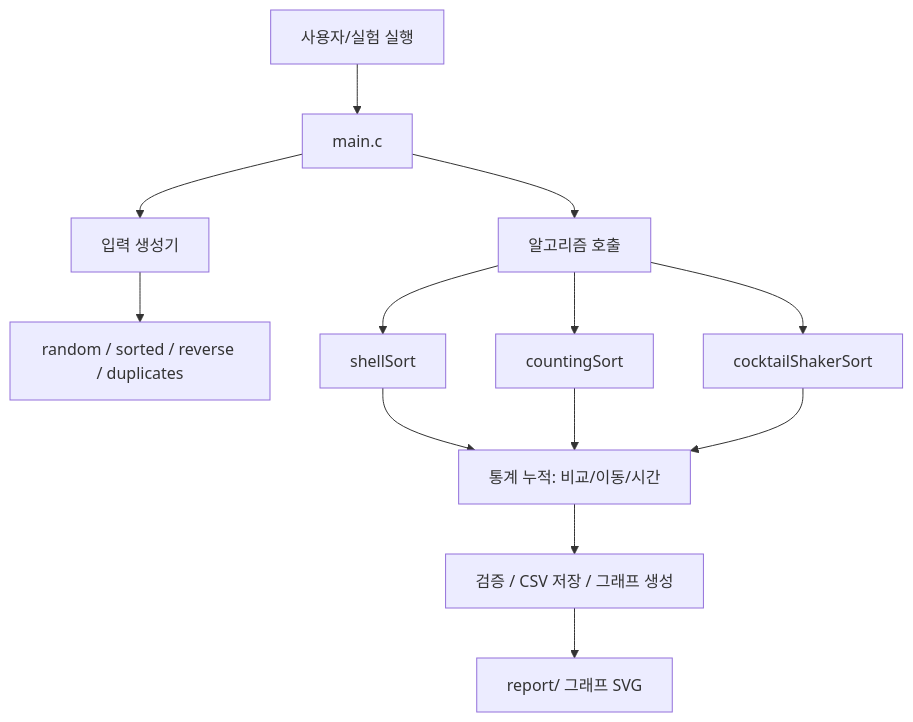
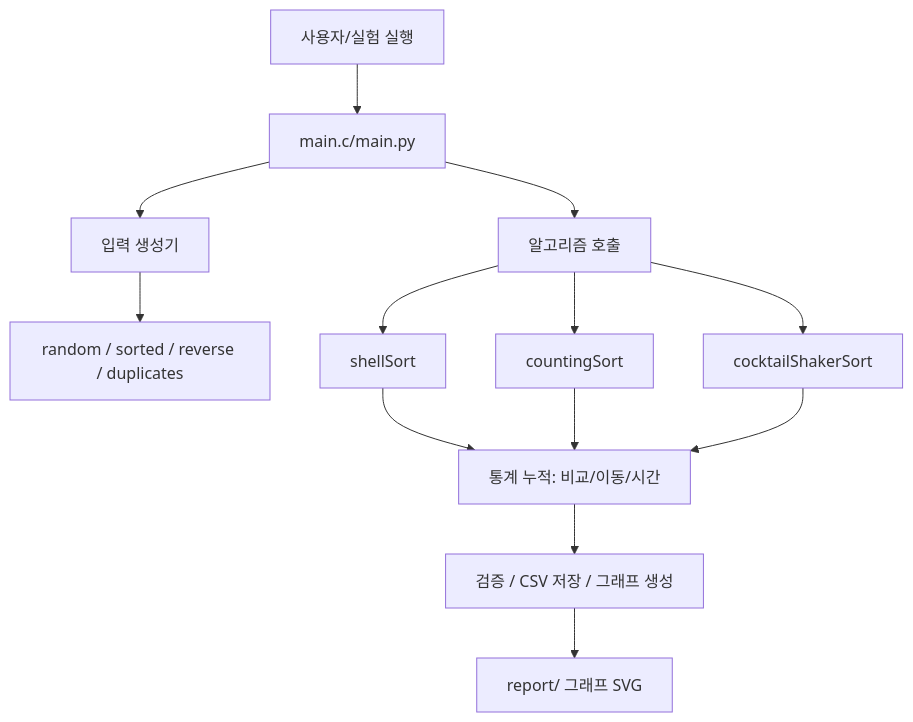
The first of 3 diagrams in report/REPORT.md (2026193116/Compare-Sorting), drawn with Mermaid before and after one commit.

````diff
--- a/report/REPORT.md
+++ b/report/REPORT.md
@@ -67,15 +67,15 @@
 ```mermaid
 flowchart TD
-    A[사용자/실험 실행] --> B[main.c]
+    A[사용자/실험 실행] --> B[main.c/main.py]
     B --> C[입력 생성기]
     C --> D[random / sorted / reverse / duplicates]
     B --> E[알고리즘 호출]
     E --> F[shellSort]
     E --> G[countingSort]
     E --> H[cocktailShakerSort]
     F --> I[통계 누적: 비교/이동/시간]
     G --> I
     H --> I
     I --> J[검증 / CSV 저장 / 그래프 생성]
     J --> K[report/ 그래프 SVG]
 ```
````
